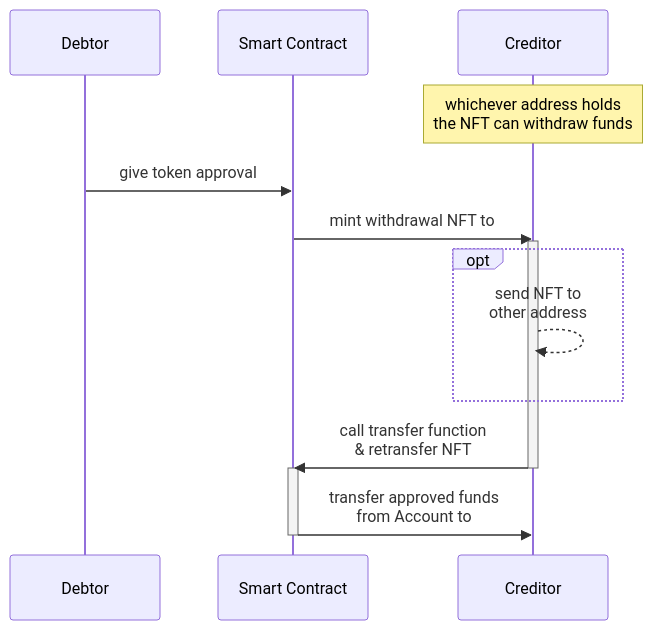
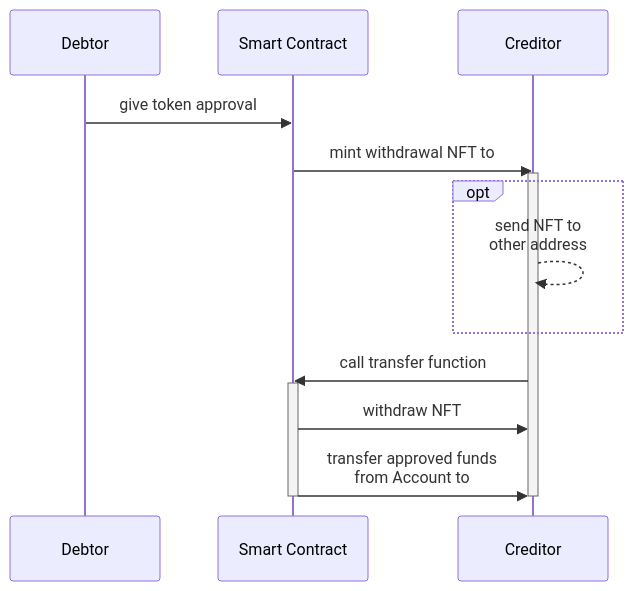
The first of 2 diagrams in README.md (LeonDavidZipp/Permit2ApprovalNFTs), drawn with Mermaid before and after one commit. The commit also changed other lines of this file, not shown here.

Commit message:
added new diagram for listener version

````diff
--- a/README.md
+++ b/README.md
@@ -7,18 +10,18 @@
 ```mermaid
 sequenceDiagram
   participant Debtor
   participant Smart Contract
   participant Creditor
-  Note over Creditor: whichever address holds<br/>the NFT can withdraw funds
   Debtor->>Smart Contract: give token approval
   Smart Contract->>Creditor: mint withdrawal NFT to
   activate Creditor
   opt
     Creditor-->>Creditor: send NFT to<br/>other address
   end
-  Creditor->>Smart Contract: call transfer function<br/>& retransfer NFT
+  Creditor->>Smart Contract: call transfer function
+  activate Smart Contract
+  Smart Contract->>Creditor: withdraw NFT
+  Smart Contract->>Creditor: transfer approved funds<br/>from Account to
   deactivate Creditor
-  activate Smart Contract
-  Smart Contract->>Creditor: transfer approved funds<br/>from Account to
   deactivate Smart Contract
 ```
````
